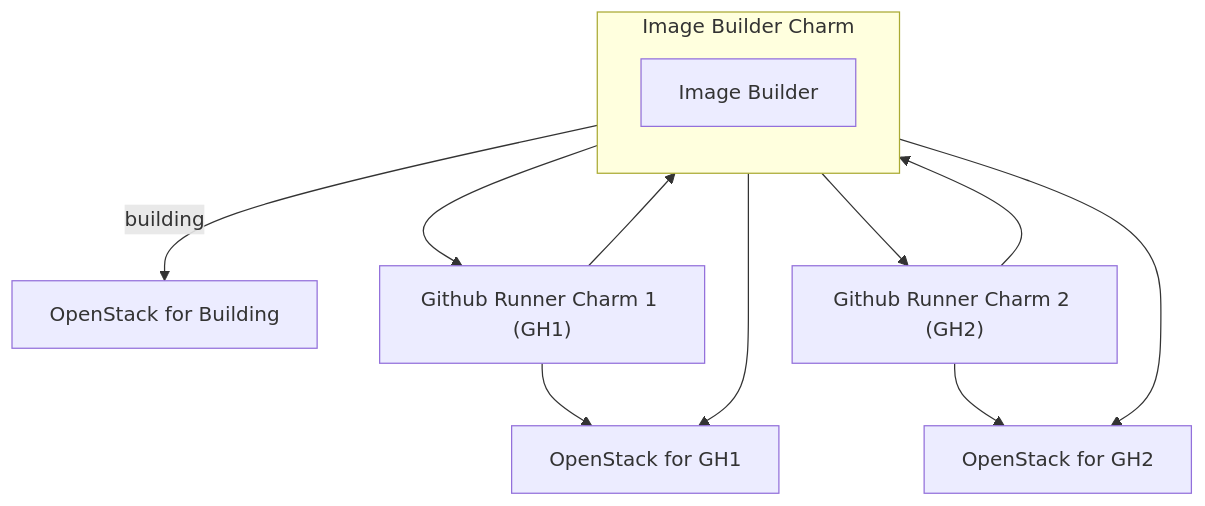
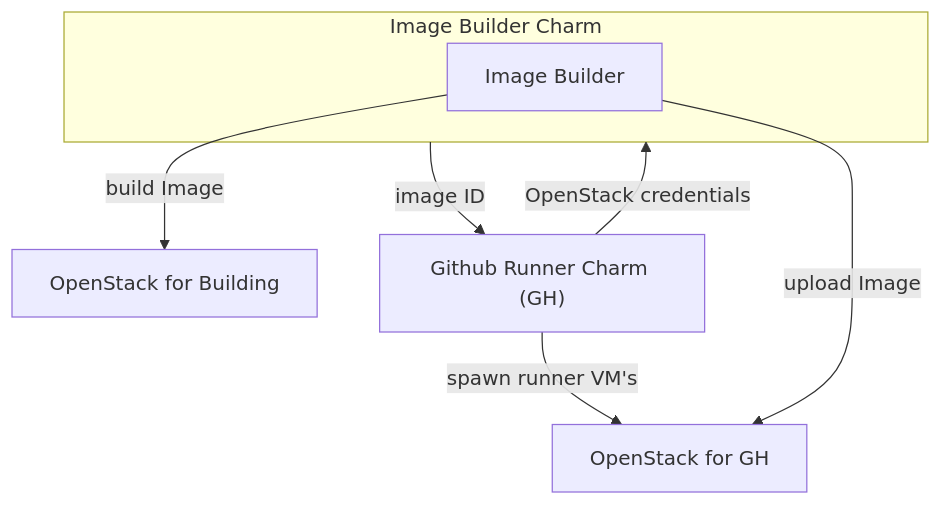
One commit to canonical/github-runner-image-builder-operator changed the diagram in docs/explanation/charm-architecture.md. Above: the diagram before and after it, drawn with Mermaid.

Commit message:
update graph

````diff
--- a/docs/explanation/charm-architecture.md
+++ b/docs/explanation/charm-architecture.md
@@ -32,21 +32,15 @@
 ```mermaid
 
 graph TD;
 
     subgraph charm[Image Builder Charm]
-        direction TB;
         imagebuilder[Image Builder];
     end;
 
-    imagebuilder -- building --> openstack[OpenStack for Building]
+    imagebuilder -- build Image --> openstack[OpenStack for Building]
 
-    charm --> githubrunner1["Github Runner Charm 1 (GH1)"]
-    githubrunner1 --> charm
-    githubrunner1 --> openstack_ghrunner1[OpenStack for GH1]
-    imagebuilder --> openstack_ghrunner1
-
-    charm --> githubrunner2["Github Runner Charm 2 (GH2)"]
-    githubrunner2 --> charm
-    githubrunner2 --> openstack_ghrunner2[OpenStack for GH2]
-    imagebuilder --> openstack_ghrunner2
+    charm -- image ID --> githubrunner["Github Runner Charm (GH)"]
+    githubrunner -- OpenStack credentials --> charm
+    githubrunner -- spawn runner VM's --> openstack_ghrunner[OpenStack for GH]
+    imagebuilder -- upload Image --> openstack_ghrunner
 ```
````
